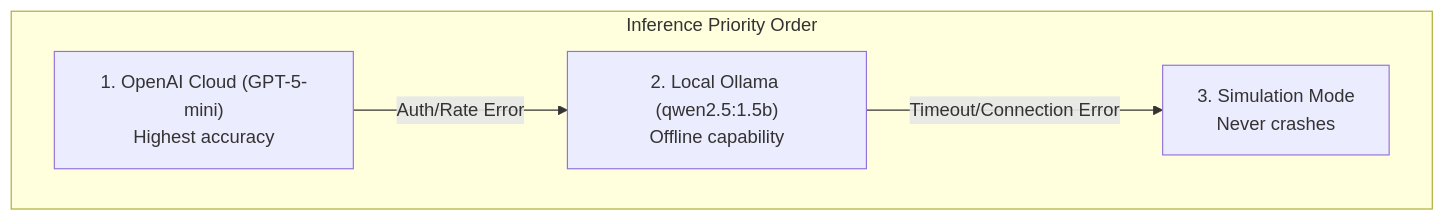
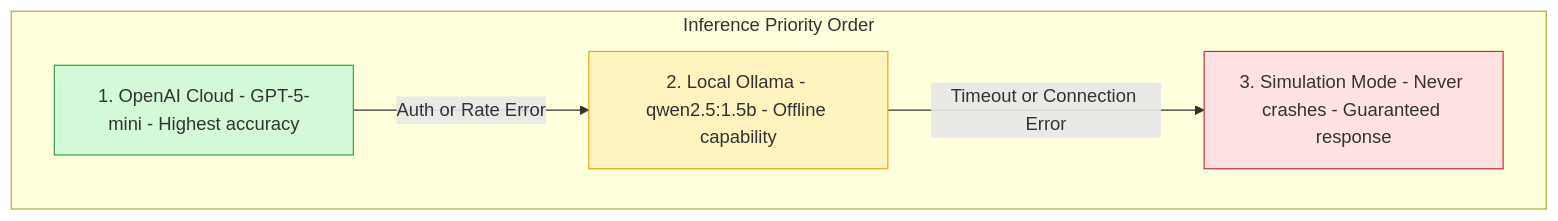
One commit to mikenk2010/COSC3009-Intelligent-Decision-Making-Advanced-IDM-Algorithm-Design changed diagram 13 of 22 in README.md. Above: the diagram before and after it, drawn with Mermaid. The commit also changed other lines of this file and 1 other file, not shown here.

````diff
--- a/README.md
+++ b/README.md
@@ -423,10 +534,14 @@
 ```mermaid
 flowchart TB
     subgraph Priority["Inference Priority Order"]
-        P1["1. OpenAI Cloud (GPT-5-mini)<br/>Highest accuracy"]
-        P2["2. Local Ollama (qwen2.5:1.5b)<br/>Offline capability"]
-        P3["3. Simulation Mode<br/>Never crashes"]
-        P1 --> |"Auth/Rate Error"| P2
-        P2 --> |"Timeout/Connection Error"| P3
+        P1["1. OpenAI Cloud - GPT-5-mini - Highest accuracy"]
+        P2["2. Local Ollama - qwen2.5:1.5b - Offline capability"]
+        P3["3. Simulation Mode - Never crashes - Guaranteed response"]
+        P1 --> |"Auth or Rate Error"| P2
+        P2 --> |"Timeout or Connection Error"| P3
     end
+
+    style P1 fill:#d3f9d8,stroke:#2f9e44
+    style P2 fill:#fff3bf,stroke:#f59f00
+    style P3 fill:#ffe3e3,stroke:#c92a2a
 ```
````
